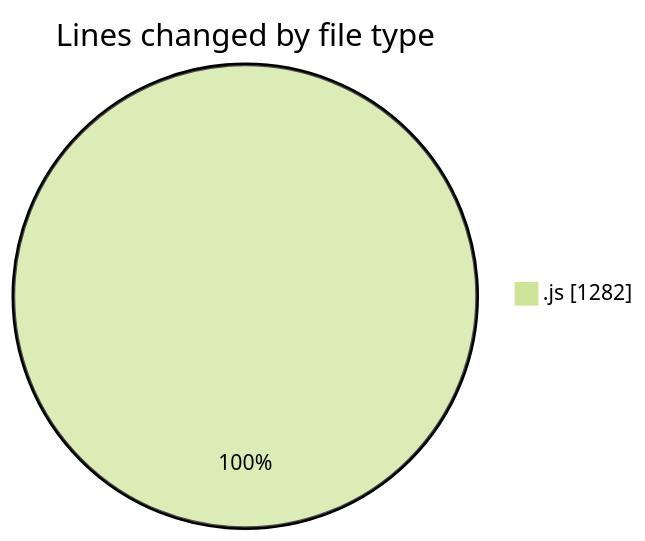
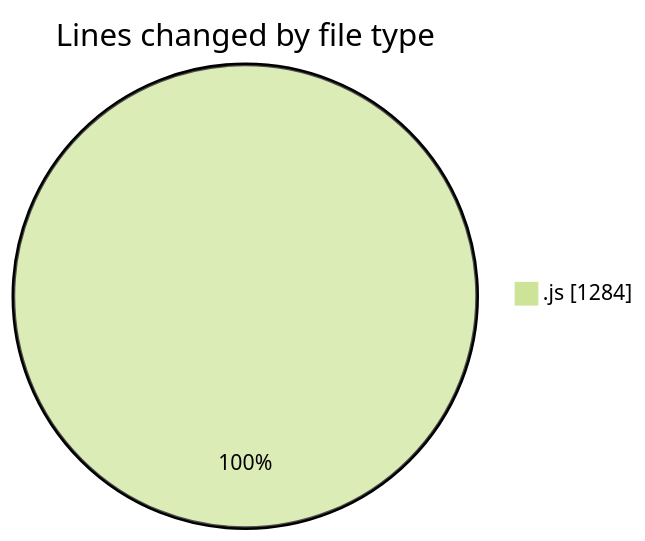
Before and after one commit to nxtqubesakshisongat/code-tracking: the first of 2 diagrams in 2025-05-30/nxtqube_webapp/README.md, drawn with Mermaid (forest theme). The commit also changed other lines of this file and 1 other file, not shown here.

````diff
--- a/2025-05-30/nxtqube_webapp/README.md
+++ b/2025-05-30/nxtqube_webapp/README.md
@@ -24,5 +24,5 @@
 ```mermaid
 pie showData
 title Lines changed by file type
-".js" : 1282
+".js" : 1284
 ```
````
